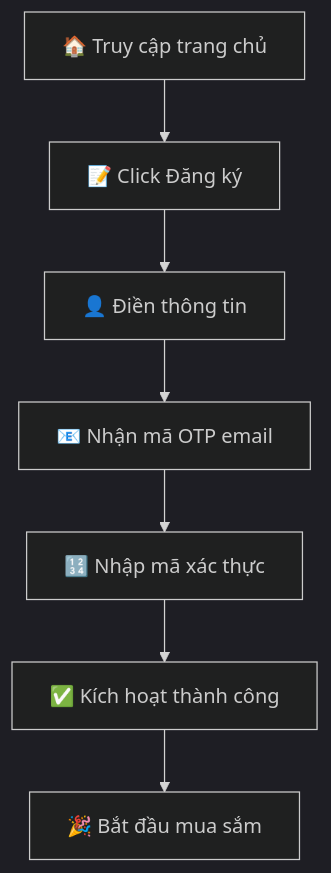
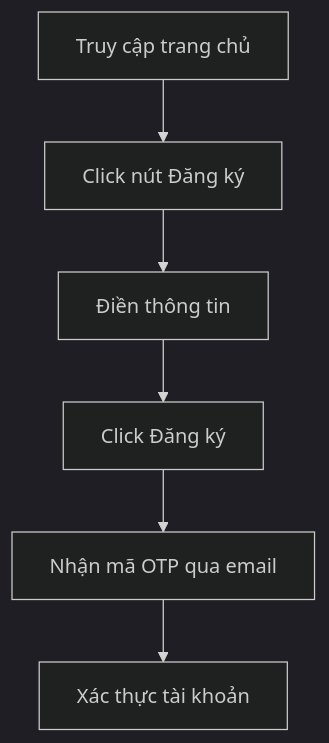
One commit to toantran00/BTTH_12 changed the first of 17 diagrams in README.md. Above: the diagram before and after it, drawn with Mermaid (dark theme). The commit also changed other lines of this file, not shown here.

````diff
--- a/README.md
+++ b/README.md
@@ -74,9 +33,8 @@
 ```mermaid
-flowchart TD
-    A[🏠 Truy cập trang chủ] --> B[📝 Click Đăng ký]
-    B --> C[👤 Điền thông tin]
-    C --> D[📧 Nhận mã OTP email]
-    D --> E[🔢 Nhập mã xác thực]
-    E --> F[✅ Kích hoạt thành công]
-    F --> G[🎉 Bắt đầu mua sắm]
+graph TD
+    A[Truy cập trang chủ] --> B[Click nút Đăng ký]
+    B --> C[Điền thông tin]
+    C --> D[Click Đăng ký]
+    D --> E[Nhận mã OTP qua email]
+    E --> F[Xác thực tài khoản]
 ```
````
